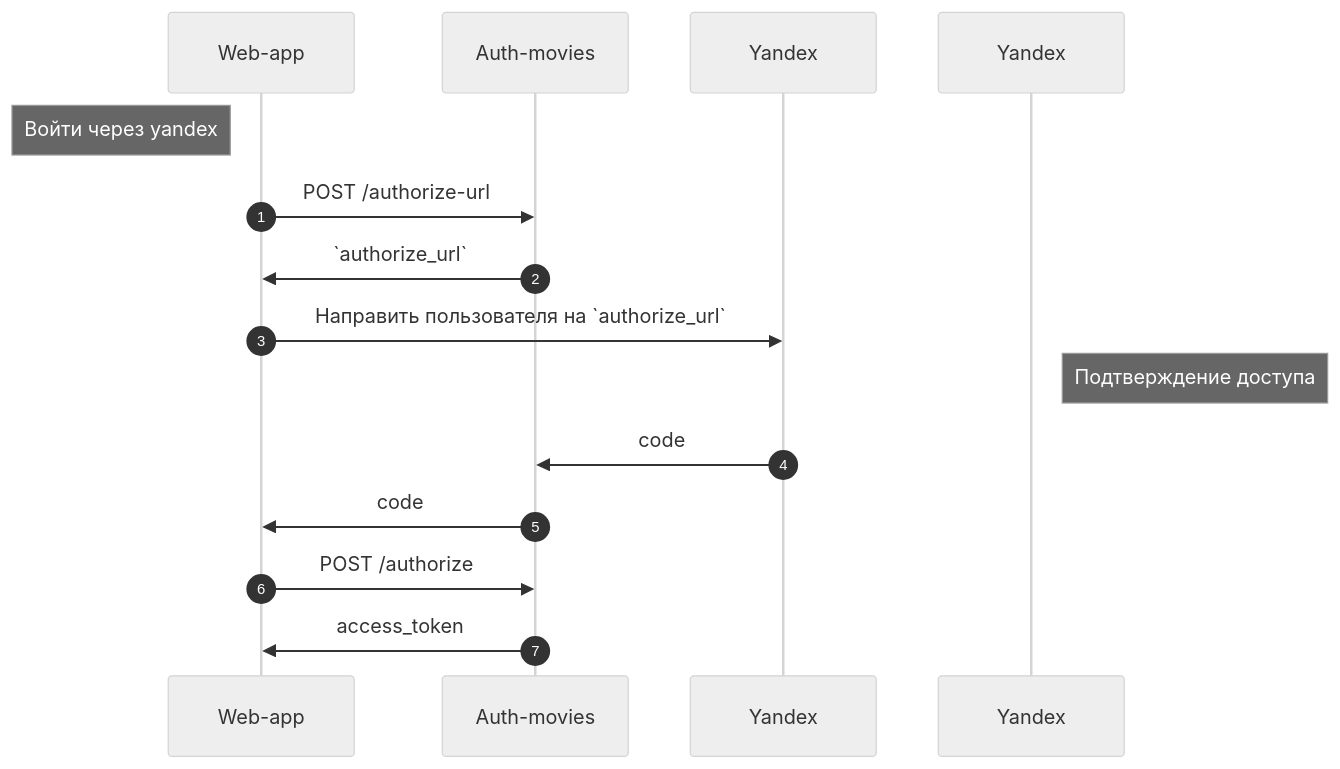
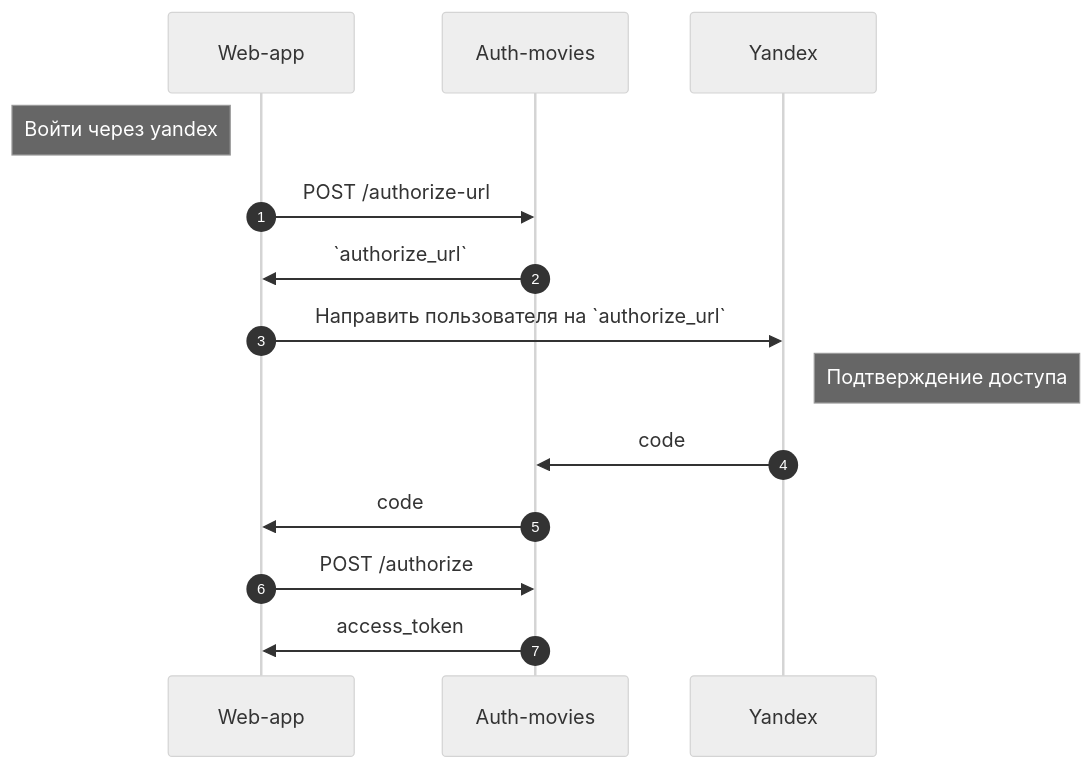
The diagram in docs/ru/docs/oauth2/intro.md (xczdenis/Auth_sprint_1), drawn with Mermaid (neutral theme) before and after one commit. The commit also changed other lines of this file, not shown here.

````diff
--- a/docs/ru/docs/oauth2/intro.md
+++ b/docs/ru/docs/oauth2/intro.md
@@ -27,16 +30,16 @@
 ``` mermaid
 sequenceDiagram
   participant W as Web-app
   participant A as Auth-movies
   participant Y as Yandex
   autonumber
   Note left of W: Войти через yandex
   W->>A: POST /authorize-url
   A->>W: `authorize_url`
   W->>Y: Направить пользователя на `authorize_url`
-  Note right of Yandex: Подтверждение доступа
+  Note right of Y: Подтверждение доступа
   Y->>A: code
   A->>W: code
   W->>A: POST /authorize
   A->>W: access_token
 ```
````
